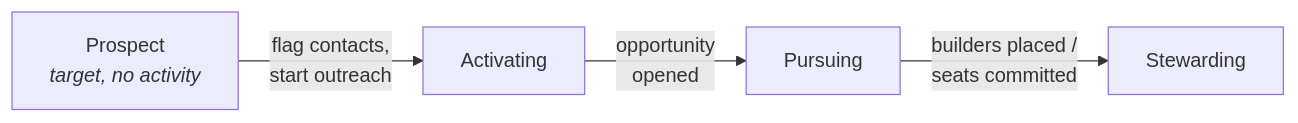
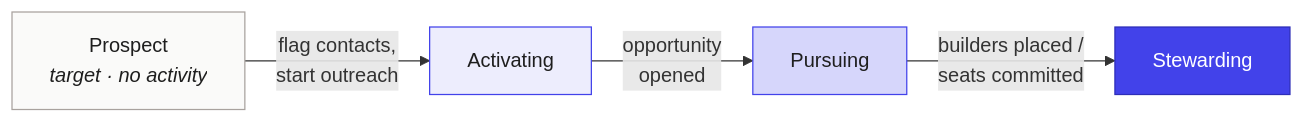
The second of 2 diagrams in product/jobs-playbook-2026.md (Pursuit-Assets/bedrock), drawn with Mermaid before and after one commit. The commit also changed other lines of this file, not shown here.

Commit message:
docs(playbook): fix roles diagram — open market vs committed, trial optional under committed, any kind can place; add color styling

````diff
--- a/product/jobs-playbook-2026.md
+++ b/product/jobs-playbook-2026.md
@@ -57,4 +81,12 @@
 ```mermaid
 flowchart LR
-  P["Prospect<br/><i>target, no activity</i>"] -->|"flag contacts,<br/>start outreach"| A["Activating"] -->|"opportunity<br/>opened"| Pu["Pursuing"] -->|"builders placed /<br/>seats committed"| St["Stewarding"]
+  P["Prospect<br/><i>target · no activity</i>"] -->|"flag contacts,<br/>start outreach"| A["Activating"] -->|"opportunity<br/>opened"| Pu["Pursuing"] -->|"builders placed /<br/>seats committed"| St["Stewarding"]
+  classDef s0 fill:#FAFAF9,stroke:#A8A29E,color:#1E1E1E
+  classDef s1c fill:#EDEDFD,stroke:#4242EA,color:#1E1E1E
+  classDef s2c fill:#D6D6FB,stroke:#4242EA,color:#1E1E1E
+  classDef s3c fill:#4242EA,stroke:#2E2EB8,color:#FFFFFF
+  class P s0
+  class A s1c
+  class Pu s2c
+  class St s3c
 ```
````
